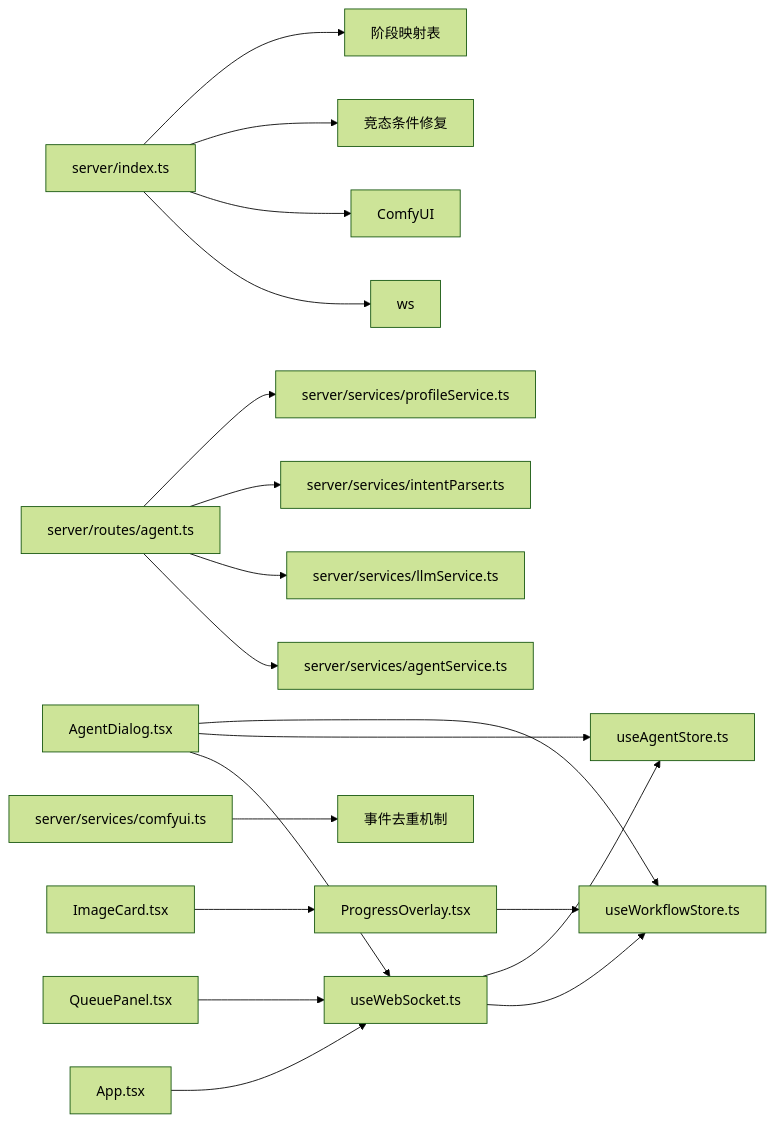
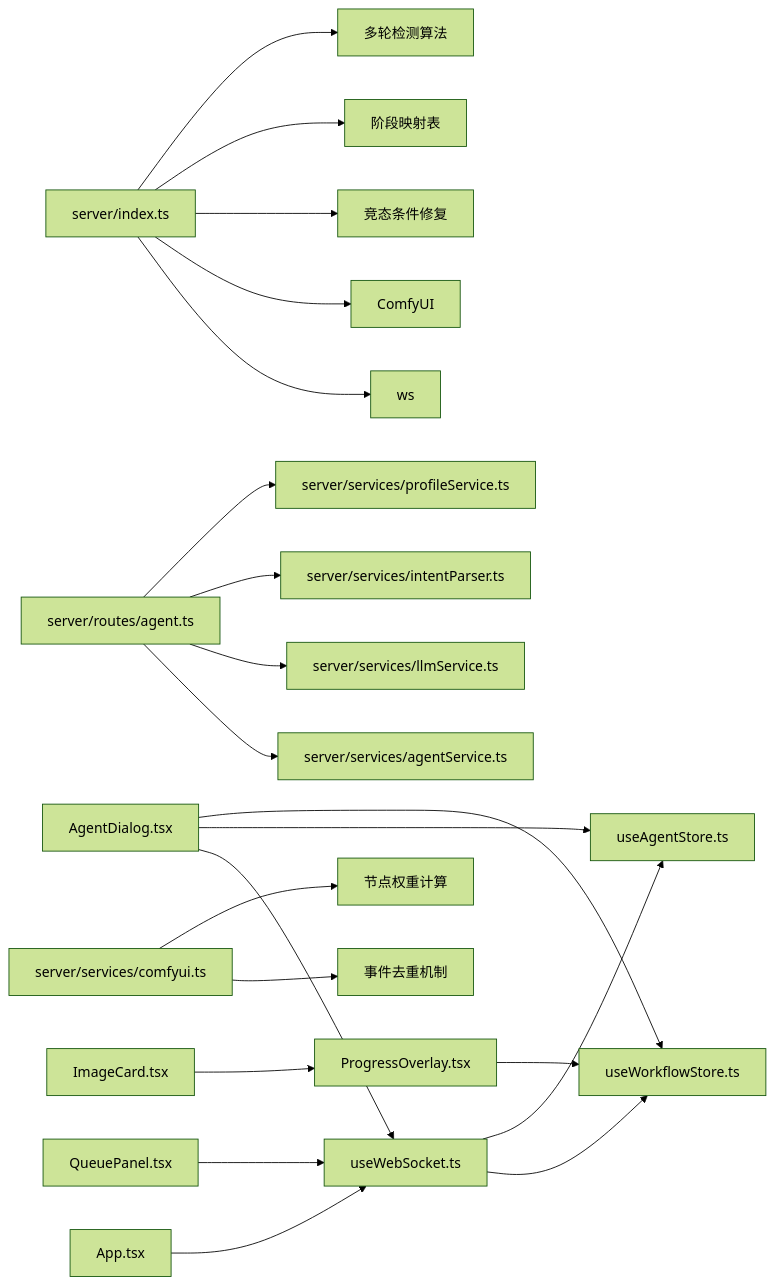
Diagram 14 of 14 in .qoder/repowiki/zh/content/前端应用/WebSocket 通信.md (billye220670/CorineKit_Pix2Real), drawn with Mermaid (forest theme) before and after one commit. The commit also changed other lines of this file and 73 other files, not shown here.

````diff
--- a/.qoder/repowiki/zh/content/前端应用/WebSocket 通信.md
+++ b/.qoder/repowiki/zh/content/前端应用/WebSocket 通信.md
@@ -507,21 +591,23 @@
 ```mermaid
 graph LR
 App["App.tsx"] --> Hook["useWebSocket.ts"]
 Hook --> WFStore["useWorkflowStore.ts"]
 Hook --> AgentStore["useAgentStore.ts"]
 AgentDialog["AgentDialog.tsx"] --> Hook
 AgentDialog --> AgentStore
 AgentDialog --> WFStore
 QueuePanel["QueuePanel.tsx"] --> Hook
 Server["server/index.ts"] --> WS["ws"]
 Server --> Comfy["ComfyUI"]
 Server --> RaceFix["竞态条件修复"]
 Server --> StageMap["阶段映射表"]
+Server --> MultiRound["多轮检测算法"]
 AgentRoute["server/routes/agent.ts"] --> AgentService["server/services/agentService.ts"]
 AgentRoute --> LLM["server/services/llmService.ts"]
 AgentRoute --> Intent["server/services/intentParser.ts"]
 AgentRoute --> Profile["server/services/profileService.ts"]
 ComfyService["server/services/comfyui.ts"] --> EventDedup["事件去重机制"]
+ComfyService --> NodeWeight["节点权重计算"]
 ProgressOverlay["ProgressOverlay.tsx"] --> WFStore
 ImageCard["ImageCard.tsx"] --> ProgressOverlay
 ```
````
